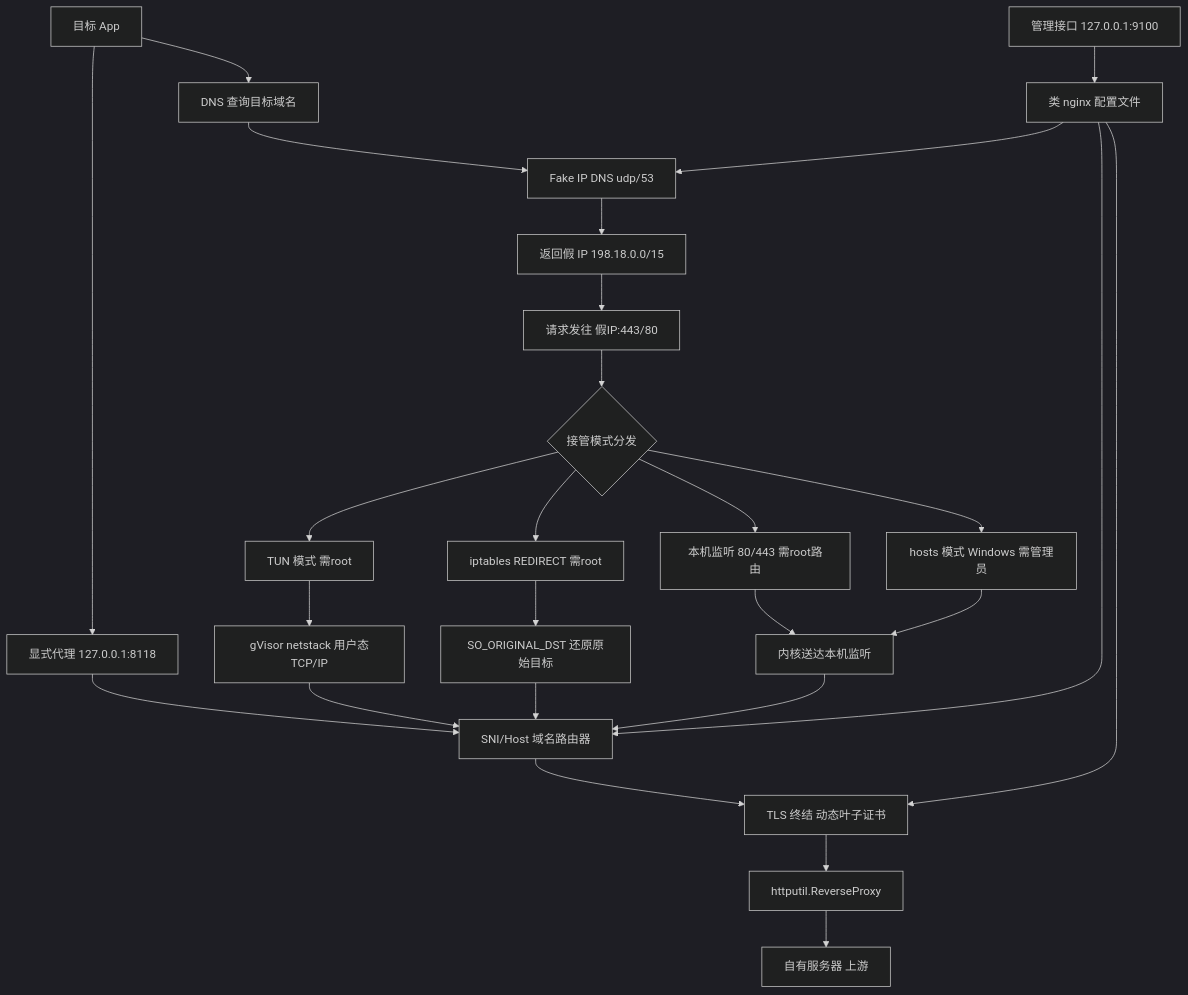
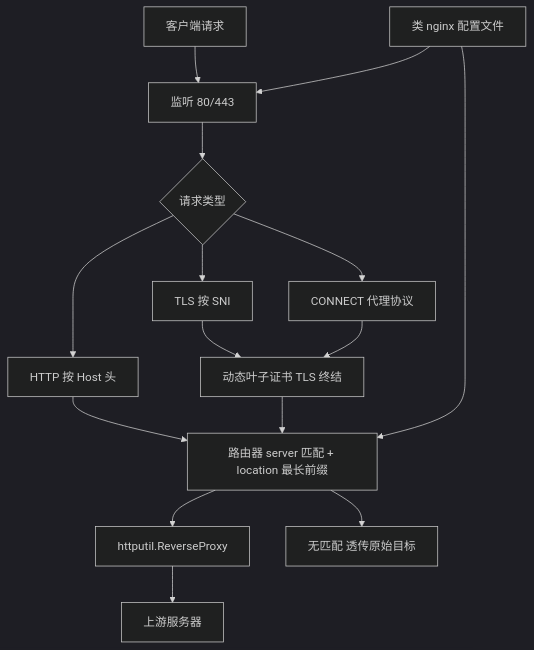
One commit to isunk/MyReverseProxy changed the diagram in .monkeycode/specs/device-reverse-proxy/design.md. Above: the diagram before and after it, drawn with Mermaid (dark theme). The commit also changed other lines of this file and 1 other file, not shown here.

Commit message:
docs: 简化 device-reverse-proxy 方案为纯反向代理服务器 Co-authored-by: monkeycode-ai <monkeycode-ai@chaitin.com>

````diff
--- a/.monkeycode/specs/device-reverse-proxy/design.md
+++ b/.monkeycode/specs/device-reverse-proxy/design.md
@@ -12,28 +12,17 @@
 ```mermaid
 graph TD
-    A["目标 App"] --> B["DNS 查询目标域名"]
-    B --> C["Fake IP DNS udp/53"]
-    C --> D["返回假 IP 198.18.0.0/15"]
-    D --> E["请求发往 假IP:443/80"]
-    E --> F{"接管模式分发"}
-    F --> G["TUN 模式 需root"]
-    F --> H["iptables REDIRECT 需root"]
-    F --> I["本机监听 80/443 需root路由"]
-    F --> W["hosts 模式 Windows 需管理员"]
-    G --> J["gVisor netstack 用户态TCP/IP"]
-    H --> K["SO_ORIGINAL_DST 还原原始目标"]
-    I --> L["内核送达本机监听"]
-    W --> L
-    A --> N["显式代理 127.0.0.1:8118"]
-    N --> M["SNI/Host 域名路由器"]
-    J --> M
-    K --> M
-    L --> M
-    M --> O["TLS 终结 动态叶子证书"]
-    O --> P["httputil.ReverseProxy"]
-    P --> Q["自有服务器 上游"]
-    R["类 nginx 配置文件"] --> C
-    R --> M
-    R --> O
-    S["管理接口 127.0.0.1:9100"] --> R
+    A["客户端请求"] --> B["监听 80/443"]
+    B --> C{"请求类型"}
+    C --> D["HTTP 按 Host 头"]
+    C --> E["TLS 按 SNI"]
+    C --> F["CONNECT 代理协议"]
+    E --> G["动态叶子证书 TLS 终结"]
+    F --> G
+    D --> H["路由器 server 匹配 + location 最长前缀"]
+    G --> H
+    H --> I["httputil.ReverseProxy"]
+    I --> J["上游服务器"]
+    H --> K["无匹配 透传原始目标"]
+    L["类 nginx 配置文件"] --> B
+    L --> H
 ```
````
